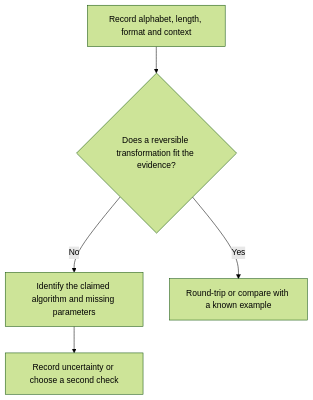
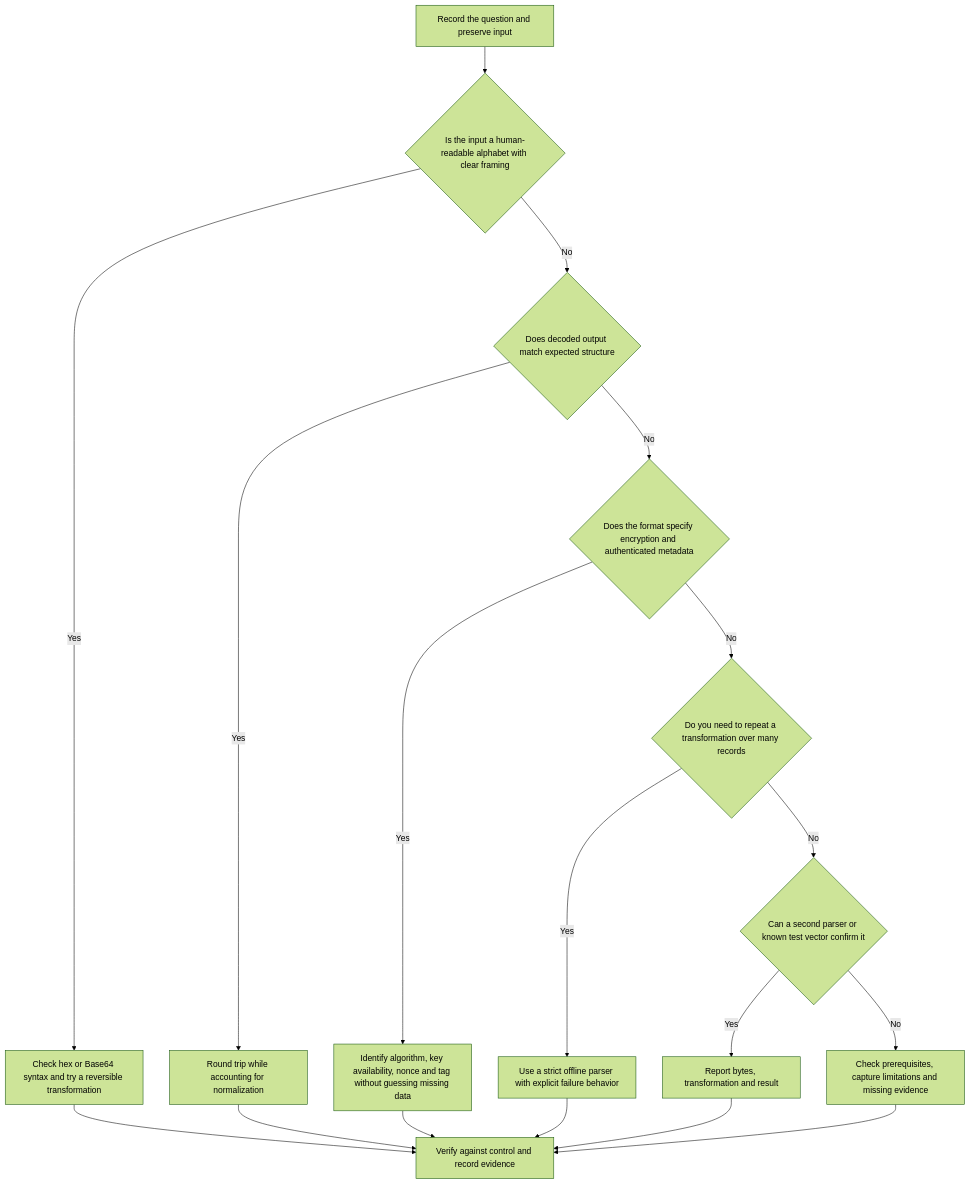
One commit to Cybersci2026-AlgonquinTeam2/cybersci2026-preparation changed the diagram in practice-resources/field-guide/chapters/crypto.md. Above: the diagram before and after it, drawn with Mermaid (forest theme). The commit also changed other lines of this file and 13 other files, not shown here.

````diff
--- a/practice-resources/field-guide/chapters/crypto.md
+++ b/practice-resources/field-guide/chapters/crypto.md
@@ -7,7 +7,21 @@
-```mermaid
+~~~mermaid
 flowchart TD
-    A["Record alphabet, length, format and context"] --> B{"Does a reversible transformation fit the evidence?"}
-    B -- No --> C["Identify the claimed algorithm and missing parameters"]
-    B -- Yes --> D["Round-trip or compare with a known example"]
-    C --> E["Record uncertainty or choose a second check"]
-```
+    A["Record the question and preserve input"] --> Q0
+    Q0{"Is the input a human-readable alphabet with clear framing"} -- Yes --> Y0["Check hex or Base64 syntax and try a reversible transformation"]
+    Q0 -- No --> Q1
+    Y0 --> V["Verify against control and record evidence"]
+    Q1{"Does decoded output match expected structure"} -- Yes --> Y1["Round trip while accounting for normalization"]
+    Q1 -- No --> Q2
+    Y1 --> V["Verify against control and record evidence"]
+    Q2{"Does the format specify encryption and authenticated metadata"} -- Yes --> Y2["Identify algorithm, key availability, nonce and tag without guessing missing data"]
+    Q2 -- No --> Q3
+    Y2 --> V["Verify against control and record evidence"]
+    Q3{"Do you need to repeat a transformation over many records"} -- Yes --> Y3["Use a strict offline parser with explicit failure behavior"]
+    Q3 -- No --> Q4
+    Y3 --> V["Verify against control and record evidence"]
+    Q4{"Can a second parser or known test vector confirm it"} -- Yes --> Y4["Report bytes, transformation and result"]
+    Q4 -- No --> N
+    Y4 --> V["Verify against control and record evidence"]
+    N["Check prerequisites, capture limitations and missing evidence"]
+    N --> V
+~~~
````
